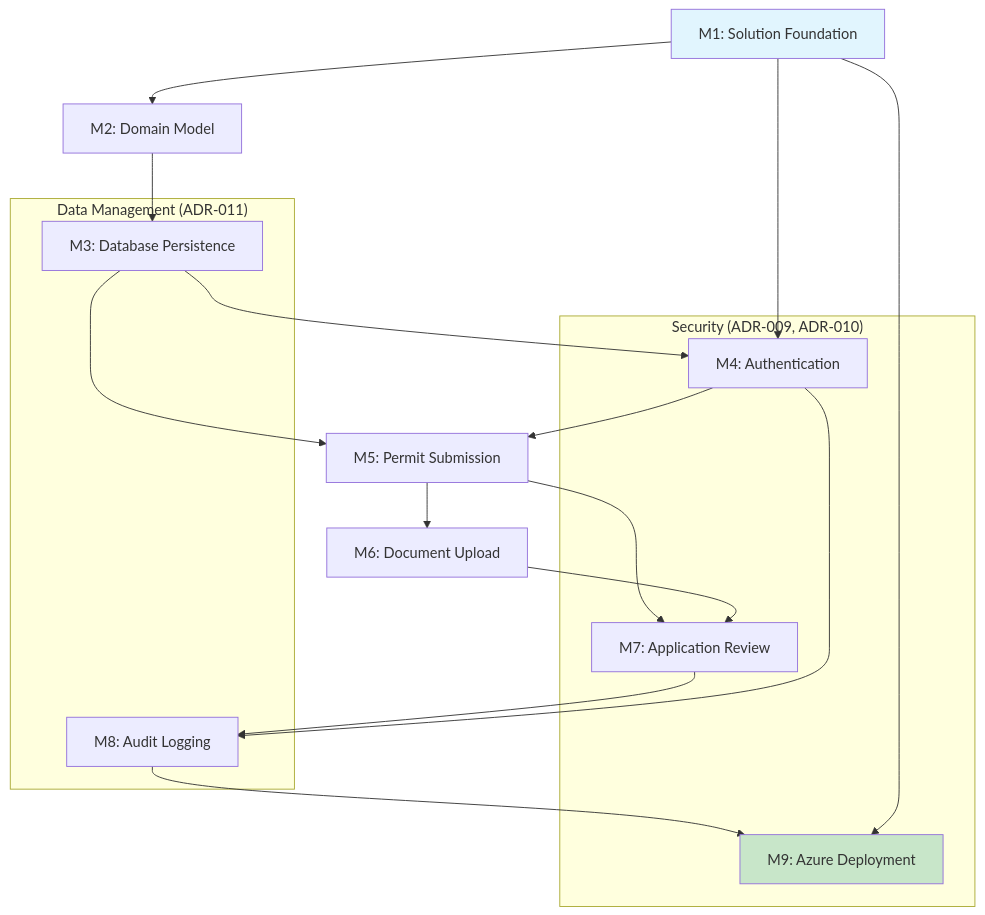
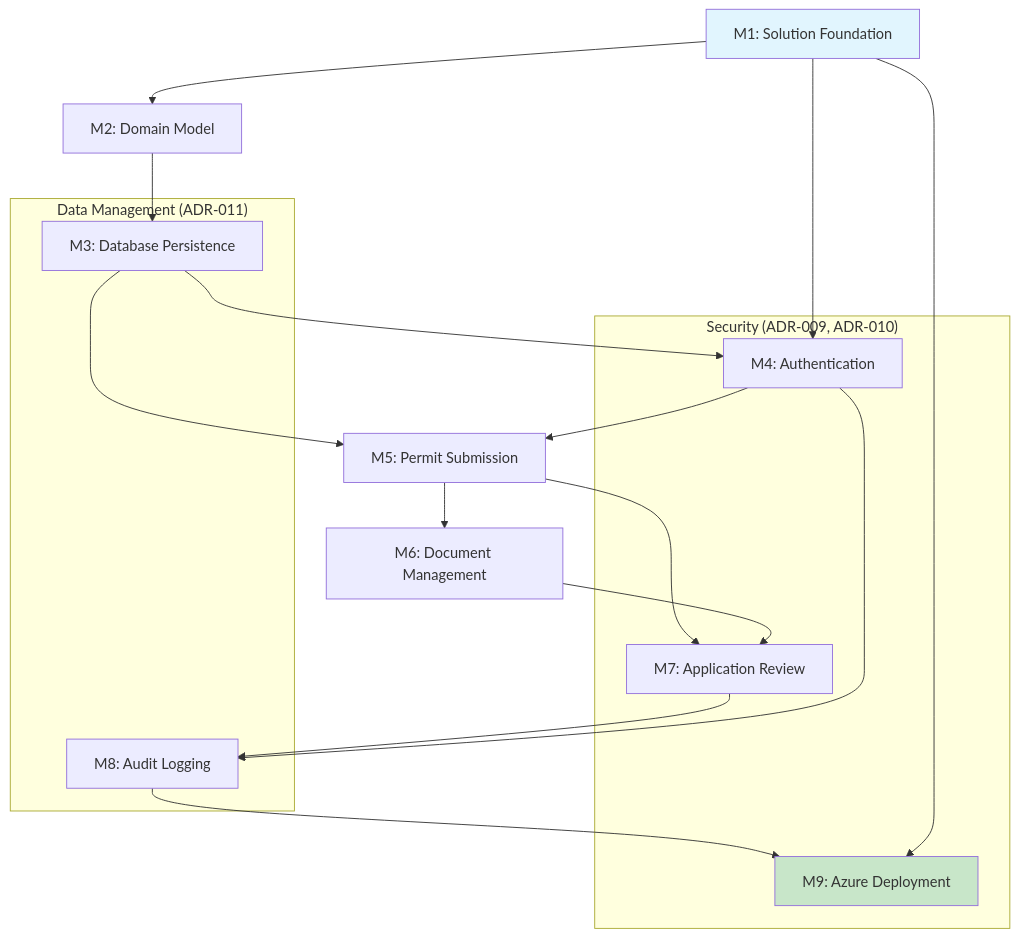
Before and after one commit to dvdbunde/atlas: the diagram in plans/atlas-foundation-plan.md, drawn with Mermaid. The commit also changed other lines of this file and 57 other files, not shown here.

````diff
--- a/plans/atlas-foundation-plan.md
+++ b/plans/atlas-foundation-plan.md
@@ -74,31 +76,31 @@
 ```mermaid
 flowchart TD
     M1[M1: Solution Foundation] --> M2[M2: Domain Model]
     M2 --> M3[M3: Database Persistence]
     M1 --> M4[M4: Authentication]
     M3 --> M4
     M3 --> M5[M5: Permit Submission]
     M4 --> M5
-    M5 --> M6[M6: Document Upload]
+    M5 --> M6[M6: Document Management]
     M5 --> M7[M7: Application Review]
     M6 --> M7
     M7 --> M8[M8: Audit Logging]
     M4 --> M8
     M8 --> M9[M9: Azure Deployment]
     M1 --> M9
     
     subgraph Security["Security (ADR-009, ADR-010)"]
         M4
         M7
         M9
     end
     
     subgraph Data["Data Management (ADR-011)"]
         M3
         M8
         M9
     end
     
     style M1 fill:#e1f5fe
     style M9 fill:#c8e6c9
 ```
````
